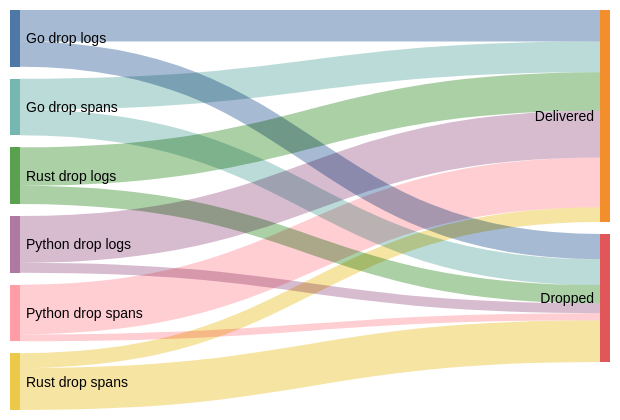
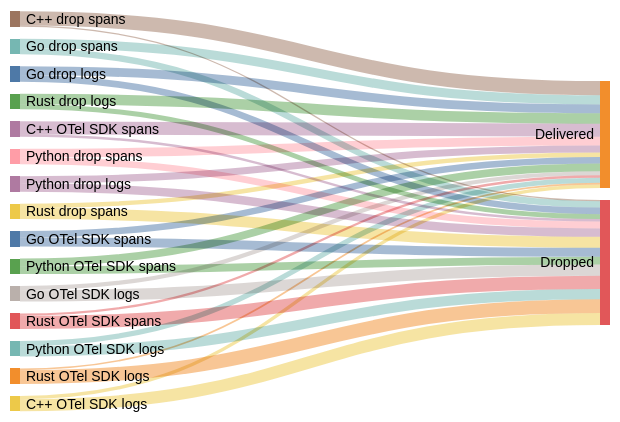
One commit to the-protobuf-project/telemetry changed diagram 17 of 22 in docs/BENCHMARKS.md. Above: the diagram before and after it, drawn with Mermaid (forest theme). The commit also changed other lines of this file and 41 other files, not shown here.

First line of the commit message:
Add OpenTelemetry baseline examples for Python and Rust

````diff
--- a/docs/BENCHMARKS.md
+++ b/docs/BENCHMARKS.md
@@ -114,22 +237,40 @@
 ```mermaid
 ---
 config:
   sankey:
     showValues: false
     linkColor: source
 ---
 sankey-beta
 
-Go drop logs,Delivered,553698
-Go drop logs,Dropped,446302
-Go drop spans,Delivered,545262
-Go drop spans,Dropped,454738
-Rust drop logs,Delivered,678083
-Rust drop logs,Dropped,321917
-Rust drop spans,Delivered,261153
-Rust drop spans,Dropped,738847
-Python drop logs,Delivered,825907
-Python drop logs,Dropped,174093
-Python drop spans,Delivered,878084
-Python drop spans,Dropped,121916
+Go drop logs,Delivered,569955
+Go drop logs,Dropped,430045
+Go drop spans,Delivered,588575
+Go drop spans,Dropped,411425
+Rust drop logs,Delivered,681750
+Rust drop logs,Dropped,318250
+Rust drop spans,Delivered,289837
+Rust drop spans,Dropped,710163
+Python drop logs,Delivered,455168
+Python drop logs,Dropped,544832
+Python drop spans,Delivered,557946
+Python drop spans,Dropped,442054
+C++ drop spans,Delivered,920819
+C++ drop spans,Dropped,79181
+Go OTel SDK logs,Delivered,272896
+Go OTel SDK logs,Dropped,727104
+Go OTel SDK spans,Delivered,418816
+Go OTel SDK spans,Dropped,581184
+Rust OTel SDK logs,Delivered,110180
+Rust OTel SDK logs,Dropped,889820
+Rust OTel SDK spans,Delivered,149536
+Rust OTel SDK spans,Dropped,850464
+Python OTel SDK logs,Delivered,335581
+Python OTel SDK logs,Dropped,664419
+Python OTel SDK spans,Delivered,499200
+Python OTel SDK spans,Dropped,500800
+C++ OTel SDK logs,Delivered,216760
+C++ OTel SDK logs,Dropped,783240
+C++ OTel SDK spans,Delivered,841406
+C++ OTel SDK spans,Dropped,158594
 ```
````
